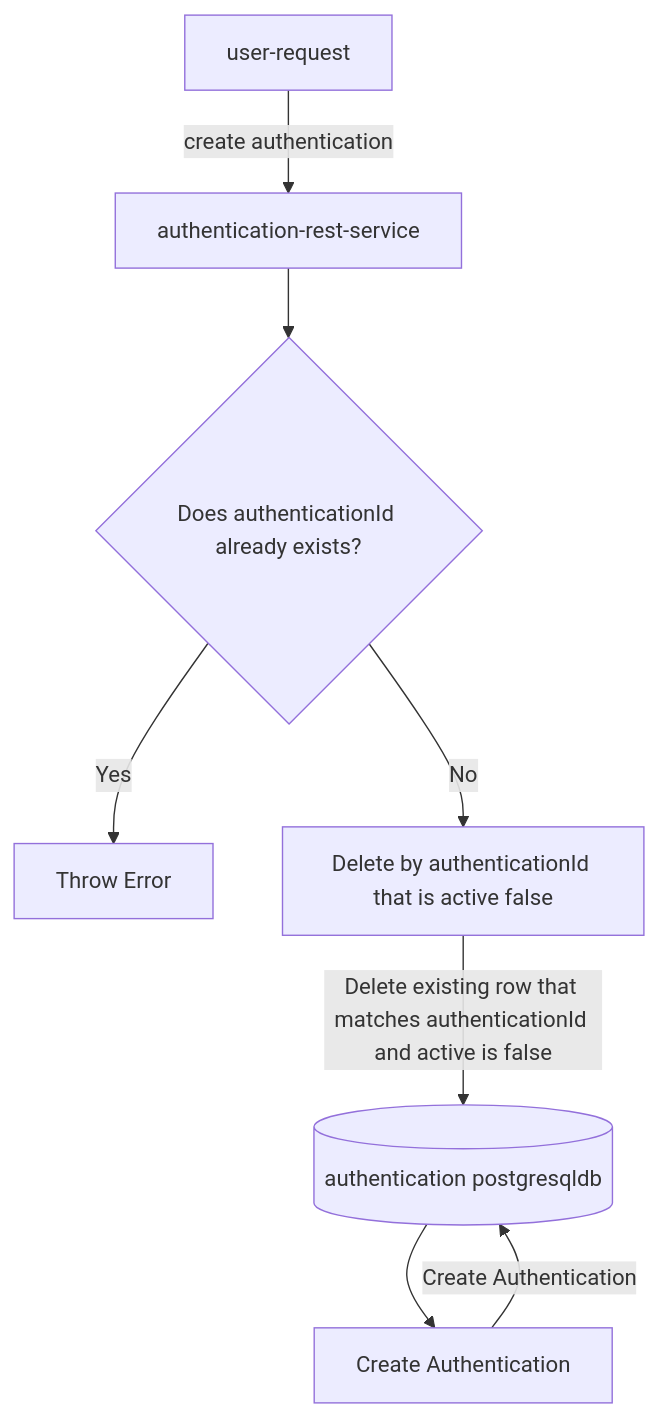
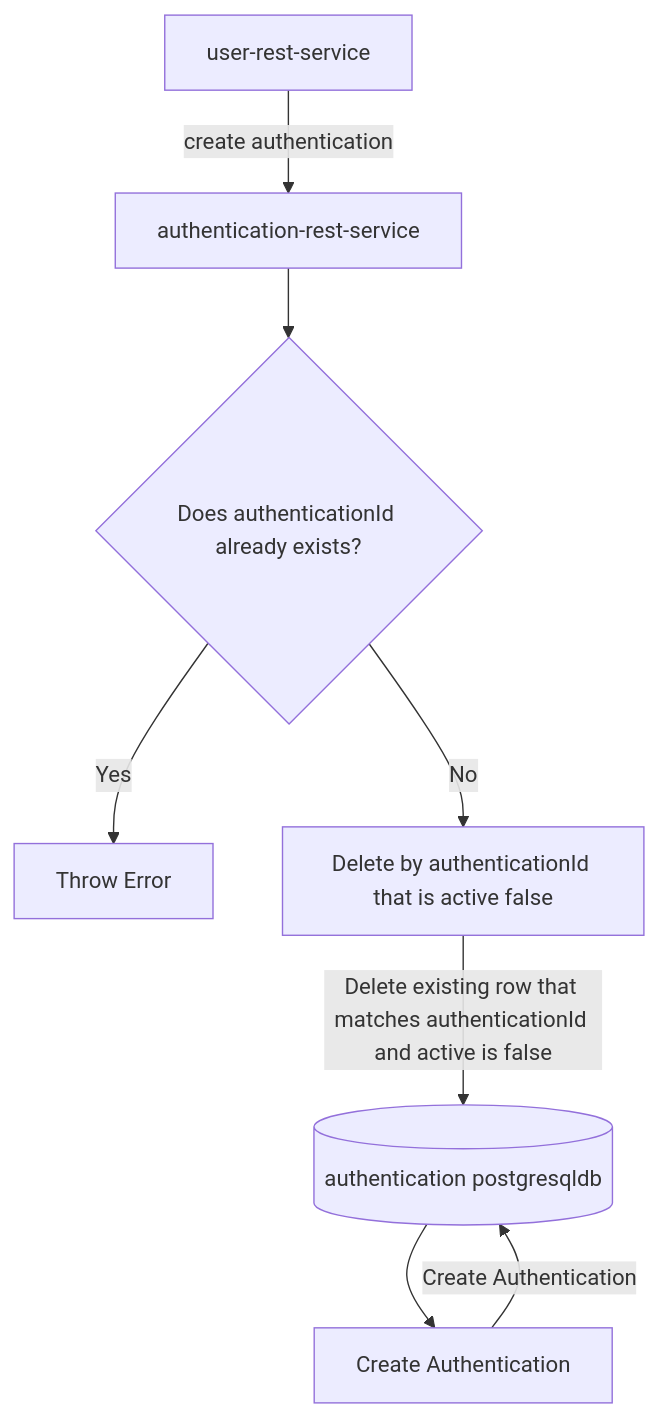
Before and after one commit to sonamsamdupkhangsar/authentication-rest-service: the first of 2 diagrams in README.md, drawn with Mermaid. The commit also changed other lines of this file, not shown here.

Commit message:
add authentication workflow

````diff
--- a/README.md
+++ b/README.md
@@ -8,10 +12,10 @@
 ```mermaid
 flowchart TD
-    user-request[user-request] -->|create authentication| authentication-rest-service[authentication-rest-service]
+    user-rest-service[user-rest-service] -->|create authentication| authentication-rest-service[authentication-rest-service]
     authentication-rest-service --> authenticationIdExists{Does authenticationId already exists?}
     authenticationIdExists --> |Yes| Error[Throw Error]
     authenticationIdExists --> |No| CheckAuthIdExistAndFalse[Delete by authenticationId that is active false]
     CheckAuthIdExistAndFalse -->|Delete existing row that matches authenticationId and active is false|db[(authentication postgresqldb)]
     db -->Create[Create Authentication]       
     Create --> |Create Authentication| db
 ```
````
